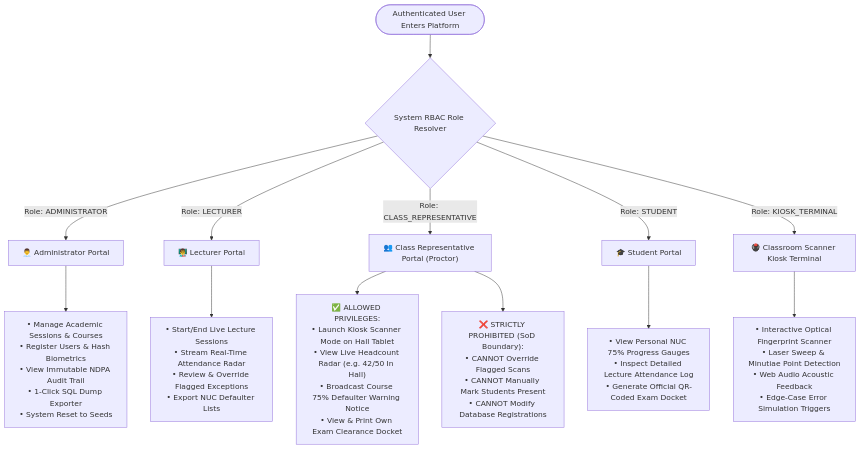
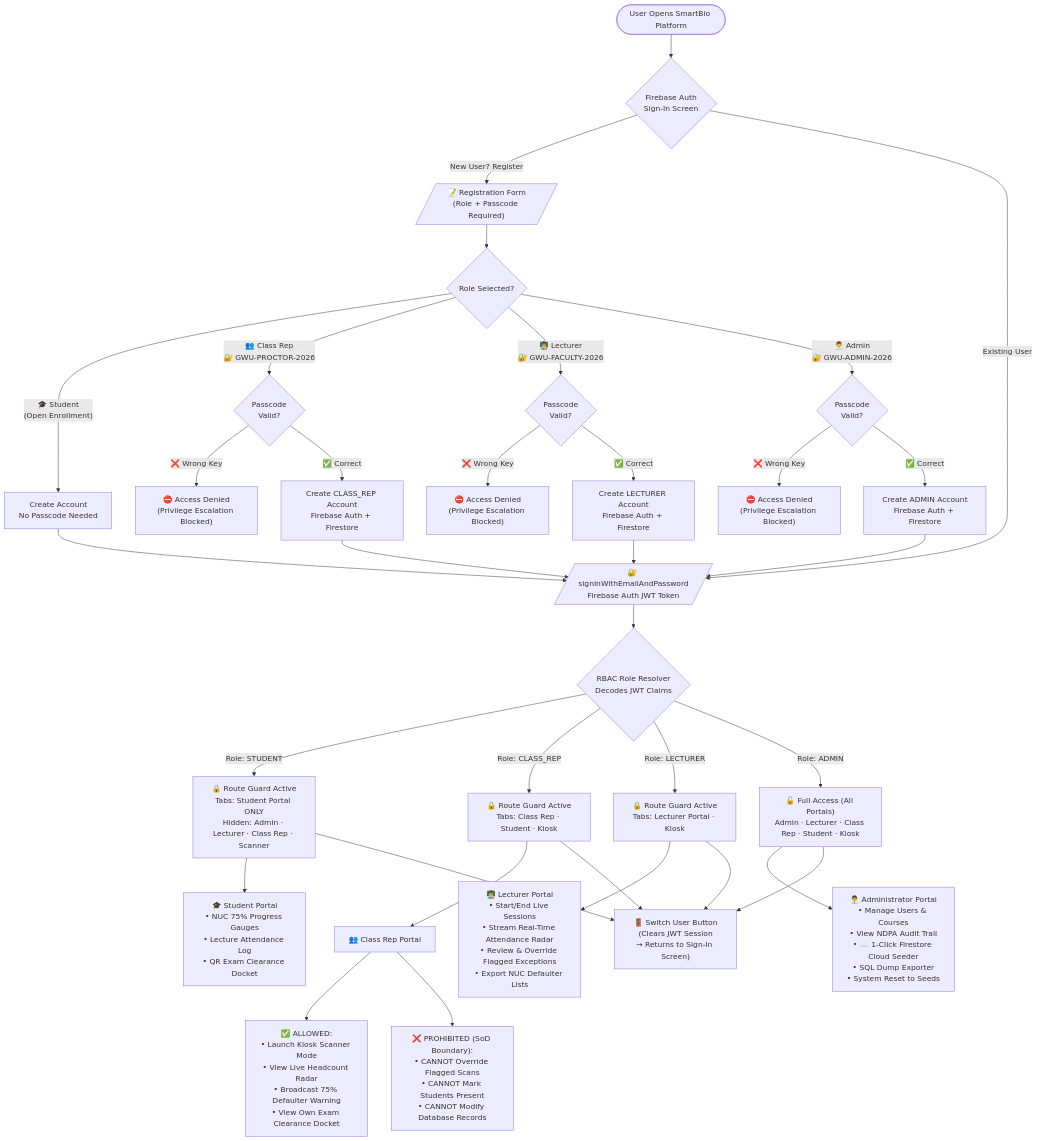
One commit to ndukwebenard-cyber/gwu-smartbio-attendance-system changed the diagram in diagrams/04_rbac_and_class_rep_flow.mmd. Above: the diagram before and after it, drawn with Mermaid. The commit also changed 2 other files, not shown here.

Commit message:
Update all documentation: PROBLEMS_FEATURES_IMPLEMENTATION.md (Firebase Auth, RBAC Gatekeeping, Route Guards, Demo Creds) + diagrams 01 & 04 (Auth layer, Passcode flow, Switch User)

```diff
--- a/diagrams/04_rbac_and_class_rep_flow.mmd
+++ b/diagrams/04_rbac_and_class_rep_flow.mmd
@@ -1,30 +1,49 @@
 graph TD
 %% ============================================================================
 %% GLOBAL WEALTH UNIVERSITY — SMARTBIO ATTENDANCE SYSTEM
-%% Role-Based Access Control (RBAC) & Class Representative Proctoring Boundary
+%% Role-Based Access Control (RBAC), Institutional Gatekeeping & Route Guards
 %% Demonstrates Principle of Least Privilege (PoLP) & Separation of Duties (SoD)
 %% Open in https://mermaid.live
 %% ============================================================================
 
-    User([Authenticated User Enters Platform]) --> RoleCheck{System RBAC Role Resolver}
+    Entry([User Opens SmartBio Platform]) --> AuthGate{Firebase Auth\nSign-In Screen}
 
-    %% 1. Admin Role
-    RoleCheck -- "Role: ADMINISTRATOR" --> AdminView["👨‍💼 Administrator Portal"]
-    AdminView --> AdminPerms["• Manage Academic Sessions & Courses<br>• Register Users & Hash Biometrics<br>• View Immutable NDPA Audit Trail<br>• 1-Click SQL Dump Exporter<br>• System Reset to Seeds"]
+    %% Registration Path — Gatekeeping
+    AuthGate -- "New User? Register" --> RegForm[/"📝 Registration Form\n(Role + Passcode Required)"/]
+    RegForm --> IsStudent{Role Selected?}
+    IsStudent -- "🎓 Student\n(Open Enrollment)" --> StudentReg[Create Account\nNo Passcode Needed]
+    IsStudent -- "👥 Class Rep\n🔐 GWU-PROCTOR-2026" --> PasscodeCheck1{Passcode\nValid?}
+    IsStudent -- "👨‍🏫 Lecturer\n🔐 GWU-FACULTY-2026" --> PasscodeCheck2{Passcode\nValid?}
+    IsStudent -- "👨‍💼 Admin\n🔐 GWU-ADMIN-2026" --> PasscodeCheck3{Passcode\nValid?}
 
-    %% 2. Lecturer Role
-    RoleCheck -- "Role: LECTURER" --> LecturerView["👨‍🏫 Lecturer Portal"]
-    LecturerView --> LecturerPerms["• Start/End Live Lecture Sessions<br>• Stream Real-Time Attendance Radar<br>• Review & Override Flagged Exceptions<br>• Export NUC Defaulter Lists"]
+    PasscodeCheck1 -- "❌ Wrong Key" --> Denied1["⛔ Access Denied\n(Privilege Escalation Blocked)"]
+    PasscodeCheck2 -- "❌ Wrong Key" --> Denied2["⛔ Access Denied\n(Privilege Escalation Blocked)"]
+    PasscodeCheck3 -- "❌ Wrong Key" --> Denied3["⛔ Access Denied\n(Privilege Escalation Blocked)"]
 
-    %% 3. Class Rep Role (Proctor)
-    RoleCheck -- "Role: CLASS_REPRESENTATIVE" --> RepView["👥 Class Representative Portal (Proctor)"]
-    RepView --> RepPermsAllowed["✅ ALLOWED PRIVILEGES:<br>• Launch Kiosk Scanner Mode on Hall Tablet<br>• View Live Headcount Radar (e.g. 42/50 In Hall)<br>• Broadcast Course 75% Defaulter Warning Notice<br>• View & Print Own Exam Clearance Docket"]
-    RepView --> RepPermsDenied["❌ STRICTLY PROHIBITED (SoD Boundary):<br>• CANNOT Override Flagged Scans<br>• CANNOT Manually Mark Students Present<br>• CANNOT Modify Database Registrations"]
+    PasscodeCheck1 -- "✅ Correct" --> RepReg[Create CLASS_REP Account\nFirebase Auth + Firestore]
+    PasscodeCheck2 -- "✅ Correct" --> LecturerReg[Create LECTURER Account\nFirebase Auth + Firestore]
+    PasscodeCheck3 -- "✅ Correct" --> AdminReg[Create ADMIN Account\nFirebase Auth + Firestore]
 
-    %% 4. Student Role
-    RoleCheck -- "Role: STUDENT" --> StudentView["🎓 Student Portal"]
-    StudentView --> StudentPerms["• View Personal NUC 75% Progress Gauges<br>• Inspect Detailed Lecture Attendance Log<br>• Generate Official QR-Coded Exam Docket"]
+    StudentReg & RepReg & LecturerReg & AdminReg --> SignIn
 
-    %% 5. Scanner Terminal Role
-    RoleCheck -- "Role: KIOSK_TERMINAL" --> KioskView["🖲️ Classroom Scanner Kiosk Terminal"]
-    KioskView --> KioskPerms["• Interactive Optical Fingerprint Scanner<br>• Laser Sweep & Minutiae Point Detection<br>• Web Audio Acoustic Feedback<br>• Edge-Case Error Simulation Triggers"]
+    %% Authentication Path
+    AuthGate -- "Existing User" --> SignIn[/🔐 signInWithEmailAndPassword\nFirebase Auth JWT Token/]
+    SignIn --> RoleCheck{RBAC Role Resolver\nDecodes JWT Claims}
+
+    %% Navbar Route Guard Lockdown
+    RoleCheck -- "Role: STUDENT" --> StudentGuard["🔒 Route Guard Active\nTabs: Student Portal ONLY\nHidden: Admin · Lecturer · Class Rep · Scanner"]
+    StudentGuard --> StudentView["🎓 Student Portal\n• NUC 75% Progress Gauges\n• Lecture Attendance Log\n• QR Exam Clearance Docket"]
+
+    RoleCheck -- "Role: CLASS_REP" --> RepGuard["🔒 Route Guard Active\nTabs: Class Rep · Student · Kiosk"]
+    RepGuard --> RepView["👥 Class Rep Portal"]
+    RepView --> RepPermsAllowed["✅ ALLOWED:\n• Launch Kiosk Scanner Mode\n• View Live Headcount Radar\n• Broadcast 75% Defaulter Warning\n• View Own Exam Clearance Docket"]
+    RepView --> RepPermsDenied["❌ PROHIBITED (SoD Boundary):\n• CANNOT Override Flagged Scans\n• CANNOT Mark Students Present\n• CANNOT Modify Database Records"]
+
+    RoleCheck -- "Role: LECTURER" --> LecturerGuard["🔒 Route Guard Active\nTabs: Lecturer Portal · Kiosk"]
+    LecturerGuard --> LecturerView["👨‍🏫 Lecturer Portal\n• Start/End Live Sessions\n• Stream Real-Time Attendance Radar\n• Review & Override Flagged Exceptions\n• Export NUC Defaulter Lists"]
+
+    RoleCheck -- "Role: ADMIN" --> AdminGuard["🔓 Full Access (All Portals)\nAdmin · Lecturer · Class Rep · Student · Kiosk"]
+    AdminGuard --> AdminView["👨‍💼 Administrator Portal\n• Manage Users & Courses\n• View NDPA Audit Trail\n• ☁️ 1-Click Firestore Cloud Seeder\n• SQL Dump Exporter\n• System Reset to Seeds"]
+
+    %% Switch User / Sign Out
+    StudentGuard & RepGuard & LecturerGuard & AdminGuard --> SwitchUser["🚪 Switch User Button\n(Clears JWT Session\n→ Returns to Sign-In Screen)"]
```
